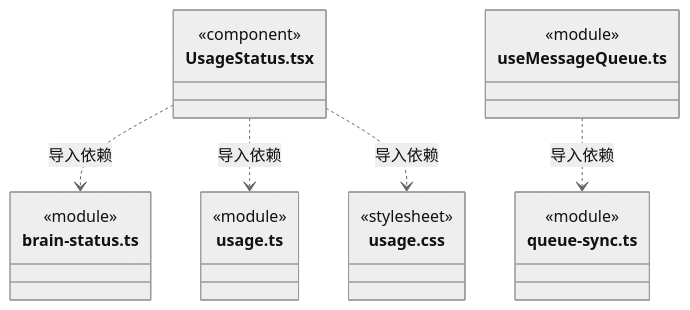
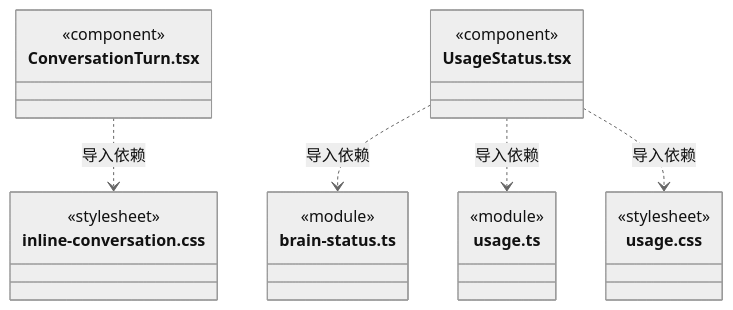
Diagram 38 of 41 in src/frontend/conversation/ARCHITECTURE.md (nan023062/cbim), drawn with Mermaid (neutral theme) before and after one commit. The commit also changed other lines of this file and 21 other files, not shown here.

````diff
--- a/src/frontend/conversation/ARCHITECTURE.md
+++ b/src/frontend/conversation/ARCHITECTURE.md
@@ -574,25 +580,25 @@
 ```mermaid
 classDiagram
+class N_src_frontend_conversation_ConversationTurn_tsx["ConversationTurn.tsx"] {
+  <<component>>
+}
+class N_src_frontend_conversation_inline_conversation_css["inline-conversation.css"] {
+  <<stylesheet>>
+}
 class N_src_frontend_conversation_UsageStatus_tsx["UsageStatus.tsx"] {
   <<component>>
 }
 class N_src_frontend_conversation_brain_status_ts["brain-status.ts"] {
   <<module>>
 }
 class N_src_frontend_conversation_usage_ts["usage.ts"] {
   <<module>>
 }
 class N_src_frontend_conversation_usage_css["usage.css"] {
   <<stylesheet>>
 }
-class N_src_frontend_conversation_useMessageQueue_ts["useMessageQueue.ts"] {
-  <<module>>
-}
-class N_src_frontend_conversation_queue_sync_ts["queue-sync.ts"] {
-  <<module>>
-}
+N_src_frontend_conversation_ConversationTurn_tsx ..> N_src_frontend_conversation_inline_conversation_css : 导入依赖
 N_src_frontend_conversation_UsageStatus_tsx ..> N_src_frontend_conversation_brain_status_ts : 导入依赖
 N_src_frontend_conversation_UsageStatus_tsx ..> N_src_frontend_conversation_usage_ts : 导入依赖
 N_src_frontend_conversation_UsageStatus_tsx ..> N_src_frontend_conversation_usage_css : 导入依赖
-N_src_frontend_conversation_useMessageQueue_ts ..> N_src_frontend_conversation_queue_sync_ts : 导入依赖
 ```
````
